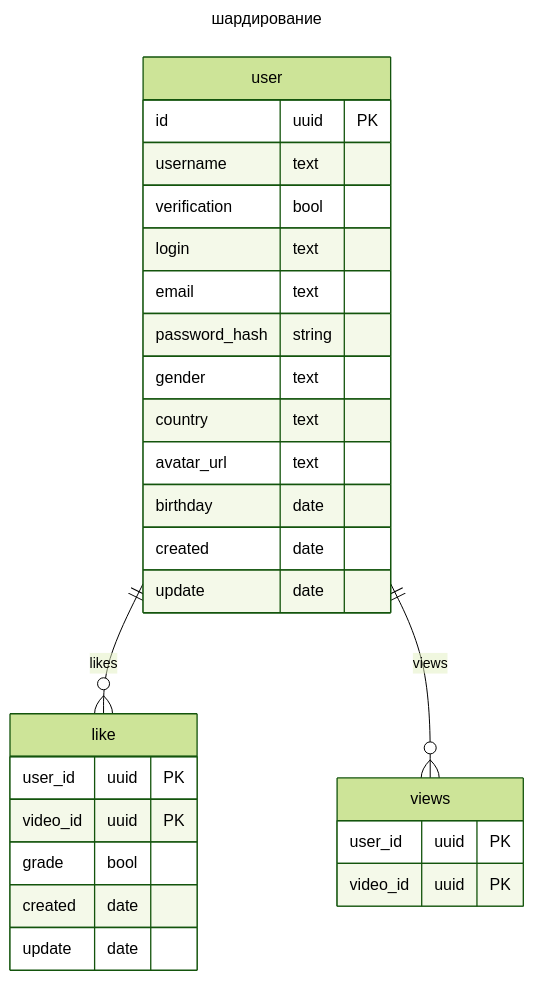
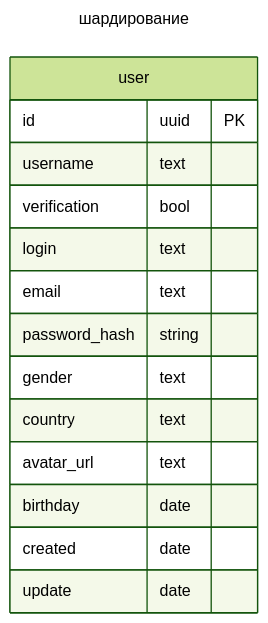
The second of 7 diagrams in README.md (DmitriyKomarovCoder/higload-youtube), drawn with Mermaid (forest theme) before and after one commit. The commit also changed other lines of this file and 1 other file, not shown here.

````diff
--- a/README.md
+++ b/README.md
@@ -636,34 +647,20 @@
 ```mermaid
 ---
 title: шардирование
 ---
 erDiagram
-    like {
-        user_id uuid PK
-        video_id uuid PK
-        grade bool
-        created date
-        update date
-    }
     user {
         id uuid PK
         username text
         verification bool
         login text
         email text
         password_hash string
         gender text
         country text
         avatar_url text
         birthday date
         created date
         update date
     }
-
-    views {
-        user_id uuid PK
-        video_id uuid PK
-    }
-    user ||--o{ like : likes
-    user ||--o{ views : views
 ```
````
